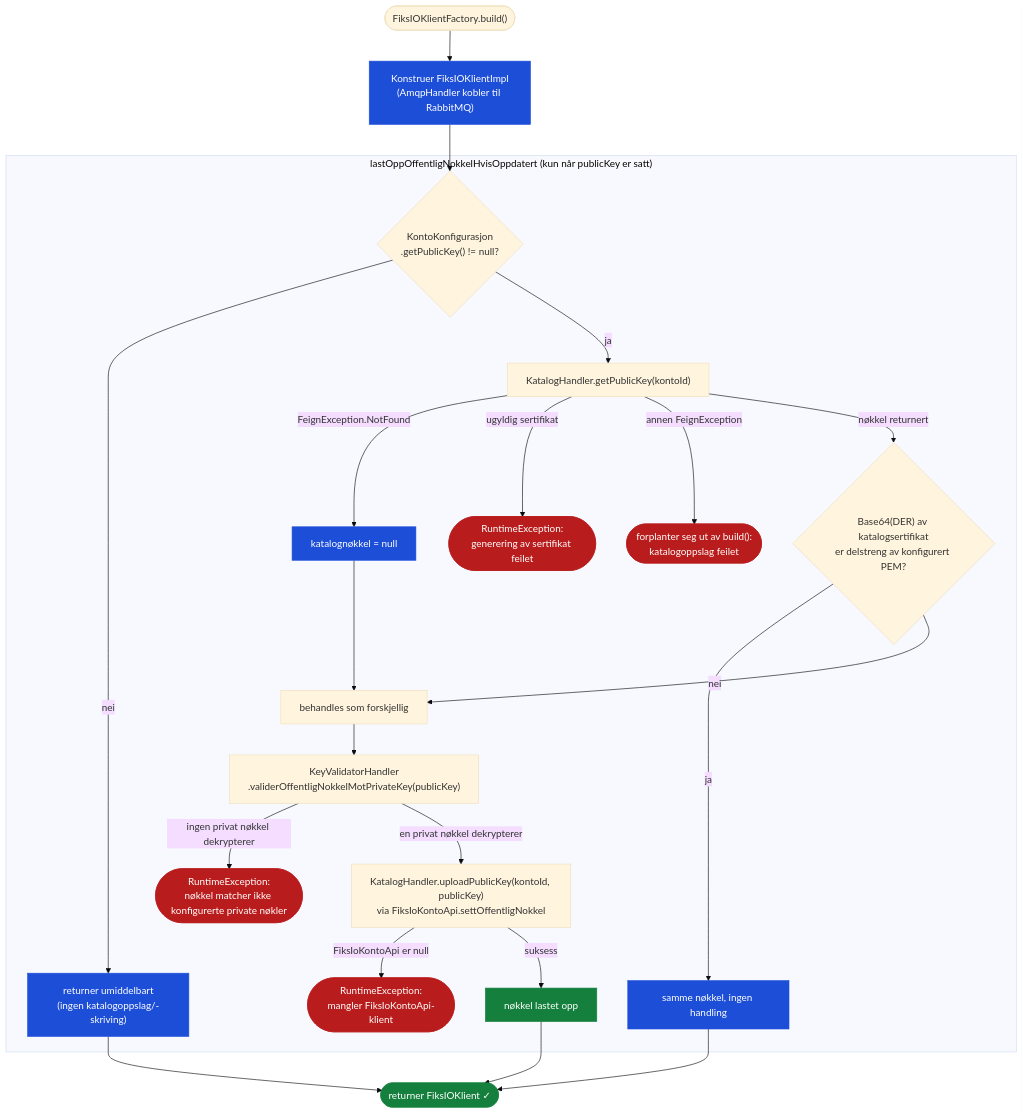
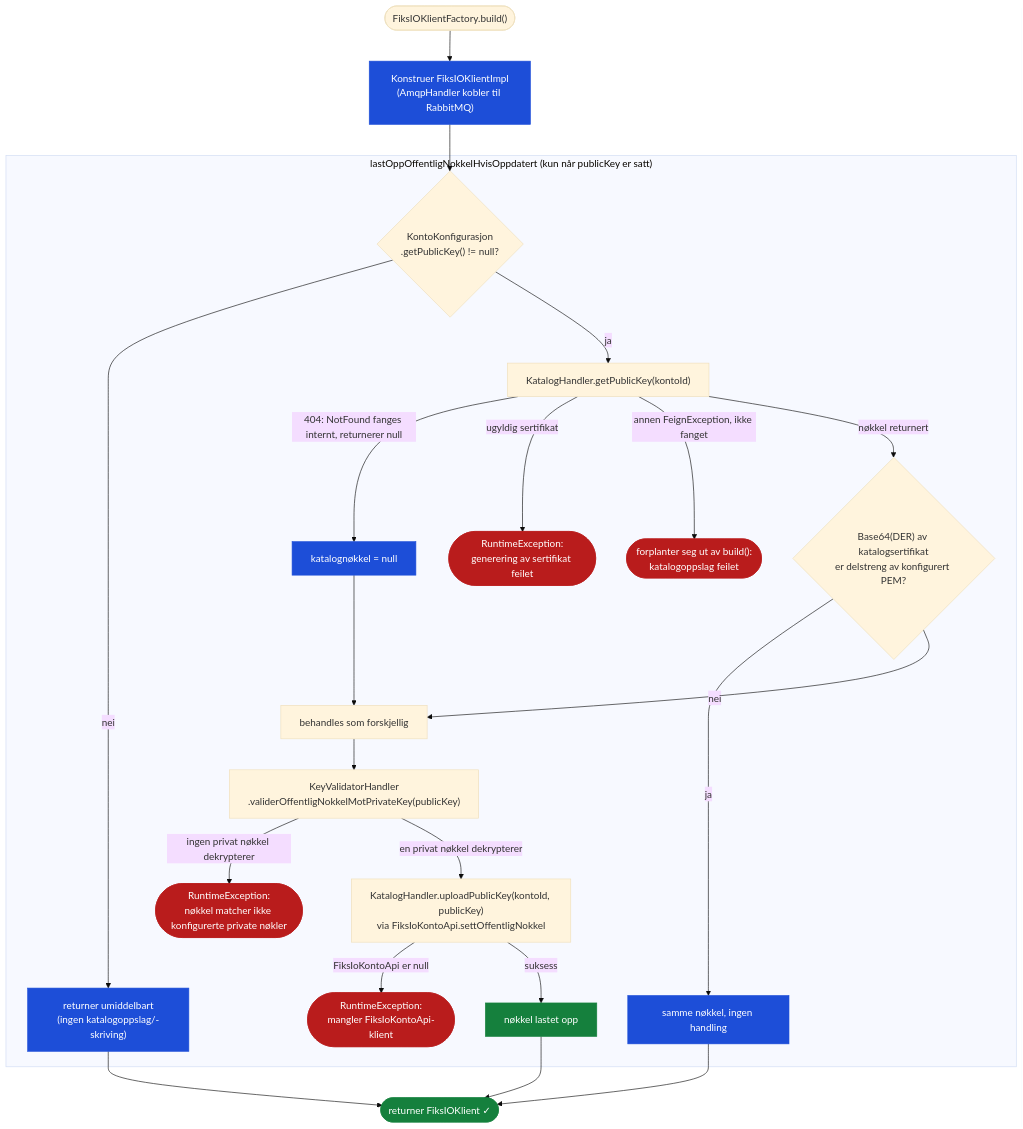
Before and after one commit to ks-no/fiks-io-klient-java: the diagram in docs/AutomatiskOffentligNokkelSynkronisering.md, drawn with Mermaid (base theme). The commit also changed other lines of this file and 1 other file, not shown here.

````diff
--- a/docs/AutomatiskOffentligNokkelSynkronisering.md
+++ b/docs/AutomatiskOffentligNokkelSynkronisering.md
@@ -87,38 +87,38 @@
 ```mermaid
 flowchart TD
     classDef error   fill:#b91c1c,stroke:#b91c1c,color:#fff
     classDef warn    fill:#b45309,stroke:#b45309,color:#fff
     classDef info    fill:#1d4ed8,stroke:#1d4ed8,color:#fff
     classDef success fill:#15803d,stroke:#15803d,color:#fff
 
     START(["FiksIOKlientFactory.build()"]) --> AMQP
     AMQP["Konstruer FiksIOKlientImpl\n(AmqpHandler kobler til RabbitMQ)"]:::info --> A
 
     subgraph SYNC ["lastOppOffentligNokkelHvisOppdatert (kun når publicKey er satt)"]
         A{"KontoKonfigurasjon\n.getPublicKey() != null?"}
         A -->|nei| SKIP["returner umiddelbart\n(ingen katalogoppslag/-skriving)"]:::info
         A -->|ja| C["KatalogHandler.getPublicKey(kontoId)"]
 
-        C -->|FeignException.NotFound| NULLKEY["katalognøkkel = null"]:::info
+        C -->|404: NotFound fanges internt, returnerer null| NULLKEY["katalognøkkel = null"]:::info
         C -->|ugyldig sertifikat| ERR0(["RuntimeException:\ngenerering av sertifikat feilet"]):::error
-        C -->|annen FeignException| ERR3(["forplanter seg ut av build():\nkatalogoppslag feilet"]):::error
+        C -->|annen FeignException, ikke fanget| ERR3(["forplanter seg ut av build():\nkatalogoppslag feilet"]):::error
         C -->|nøkkel returnert| D
 
         NULLKEY --> DIFF["behandles som forskjellig"]
         D{"Base64(DER) av katalogsertifikat\ner delstreng av konfigurert PEM?"}
         D -->|ja| SAME["samme nøkkel, ingen handling"]:::info
         D -->|nei| DIFF
 
         DIFF --> V["KeyValidatorHandler\n.validerOffentligNokkelMotPrivateKey(publicKey)"]
         V -->|ingen privat nøkkel dekrypterer| ERR1(["RuntimeException:\nnøkkel matcher ikke konfigurerte private nøkler"]):::error
         V -->|en privat nøkkel dekrypterer| U["KatalogHandler.uploadPublicKey(kontoId, publicKey)\nvia FiksIoKontoApi.settOffentligNokkel"]
 
         U -->|FiksIoKontoApi er null| ERR2(["RuntimeException:\nmangler FiksIoKontoApi-klient"]):::error
         U -->|suksess| OK["nøkkel lastet opp"]:::success
     end
 
     SKIP --> DONE
     SAME --> DONE
     OK   --> DONE
     DONE(["returner FiksIOKlient ✓"]):::success
 ```
````
